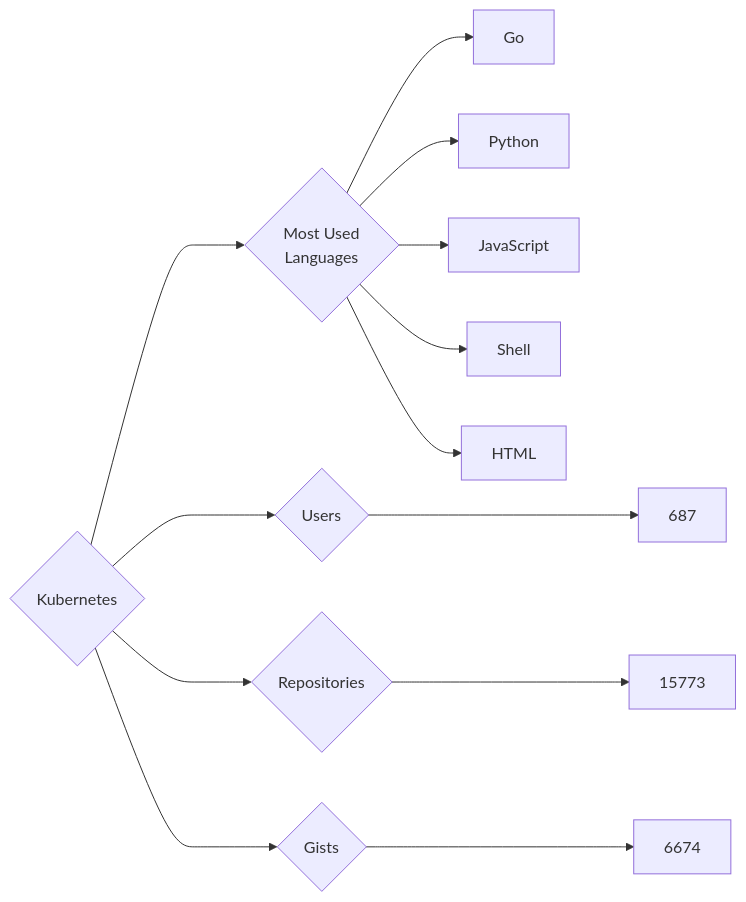
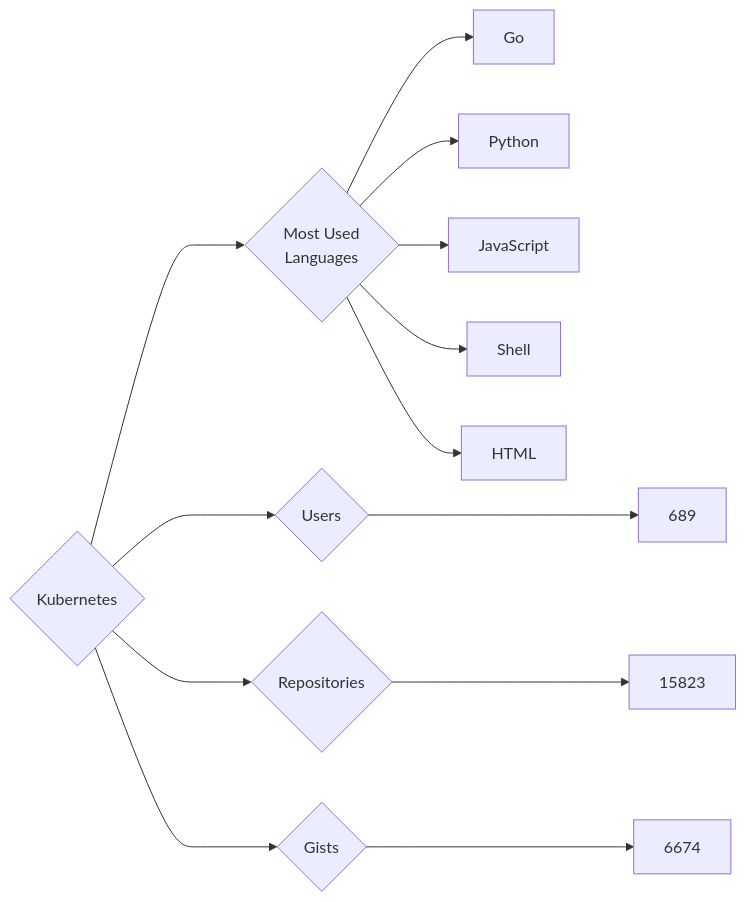
One commit to trickest/insiders changed the diagram in targets/Kubernetes/README.md. Above: the diagram before and after it, drawn with Mermaid. The commit also changed 440 other files, not shown here.

````diff
--- a/targets/Kubernetes/README.md
+++ b/targets/Kubernetes/README.md
@@ -3,13 +3,13 @@
 ```mermaid
 graph LR
 COMPANY_NAME{Kubernetes}
-COMPANY_NAME ---> U{Users} ---> UN[687]
-COMPANY_NAME ---> R{Repositories} ---> RN[15773]
+COMPANY_NAME ---> U{Users} ---> UN[689]
+COMPANY_NAME ---> R{Repositories} ---> RN[15823]
 COMPANY_NAME ---> G{Gists} ---> GN[6674]
 COMPANY_NAME ---> ML{Most Used<br>Languages}
 ML --> Go[Go]
 ML --> Python[Python]
 ML --> JavaScript[JavaScript]
 ML --> Shell[Shell]
 ML --> HTML[HTML]
 ```
````
